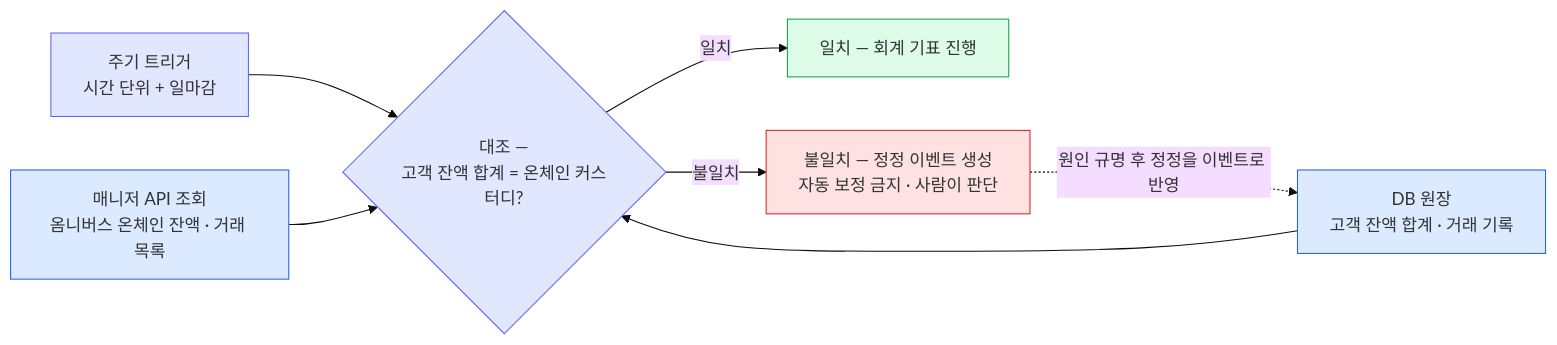
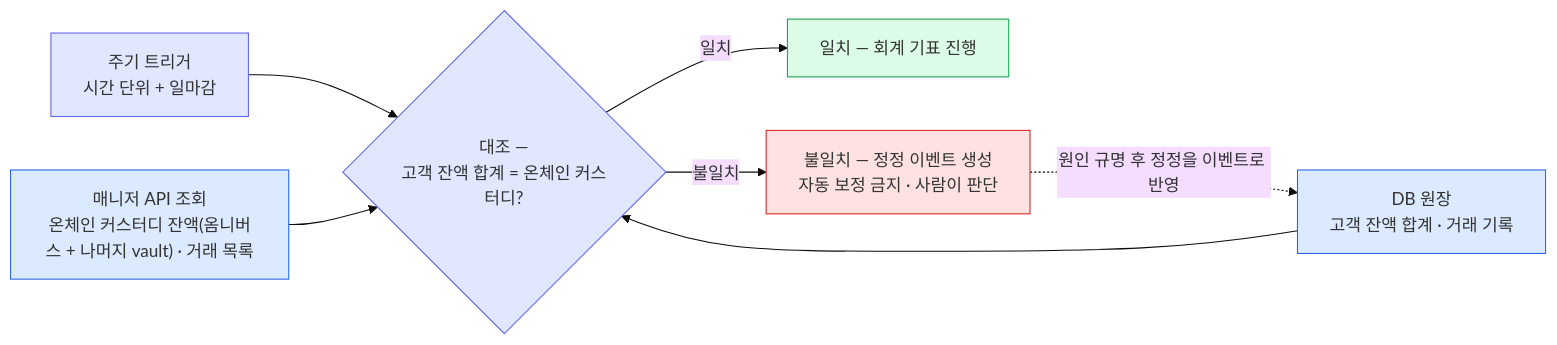
Before and after one commit to eunsujeo/eunpus: the third of 3 diagrams in blockchain-manager/docs/블록체인매니저/설계/08-balance-history.md, drawn with Mermaid (base theme). The commit also changed other lines of this file and 8 other files, not shown here.

````diff
--- a/blockchain-manager/docs/블록체인매니저/설계/08-balance-history.md
+++ b/blockchain-manager/docs/블록체인매니저/설계/08-balance-history.md
@@ -136,22 +134,22 @@
 ```mermaid
 flowchart LR
     T["주기 트리거<br/>시간 단위 + 일마감"]
     L["DB 원장<br/>고객 잔액 합계 · 거래 기록"]
-    V["매니저 API 조회<br/>옴니버스 온체인 잔액 · 거래 목록"]
+    V["매니저 API 조회<br/>온체인 커스터디 잔액(옴니버스 + 나머지 vault) · 거래 목록"]
     C{"대조 —<br/>고객 잔액 합계 = 온체인 커스터디?"}
     OK["일치 — 회계 기표 진행"]
     NG["불일치 — 정정 이벤트 생성<br/>자동 보정 금지 · 사람이 판단"]
 
     T --> C
     L --> C
     V --> C
     C -->|일치| OK
     C -->|불일치| NG
     NG -.->|"원인 규명 후 정정을 이벤트로 반영"| L
 
     classDef trig fill:#e0e7ff,stroke:#6366f1;
     classDef src fill:#dbeafe,stroke:#2563eb;
     classDef good fill:#dcfce7,stroke:#16a34a;
     classDef bad fill:#fee2e2,stroke:#dc2626;
     class T,C trig; class L,V src; class OK good; class NG bad;
 ```
````
